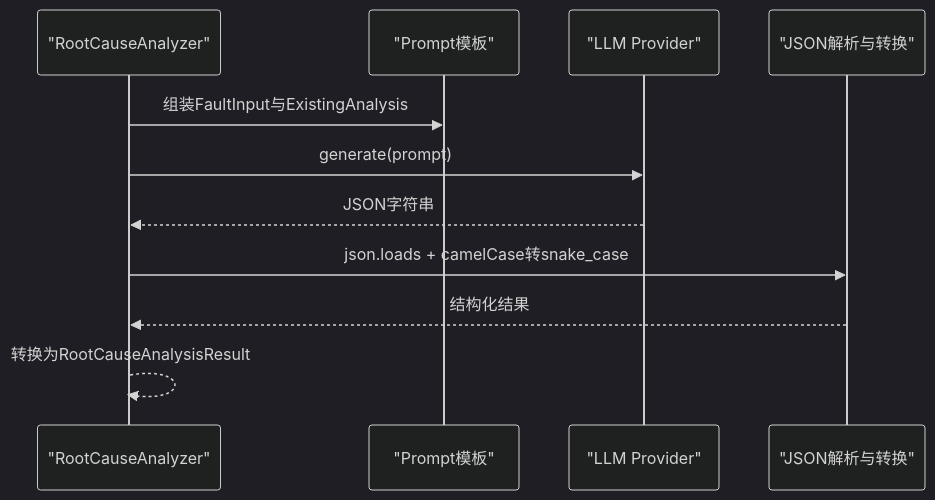
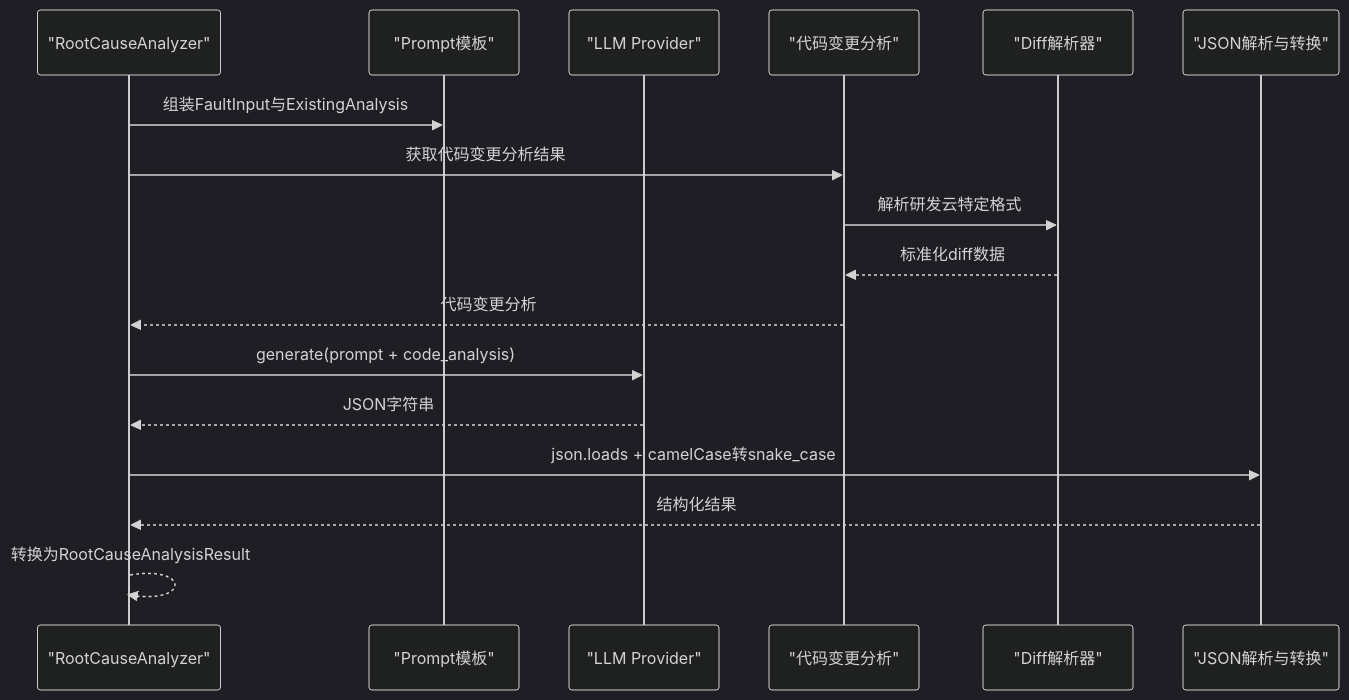
The sixth of 8 diagrams in .qoder/repowiki/zh/content/数据分析引擎/数据分析引擎.md (boyingliu01/fault-review-analyzer), drawn with Mermaid (dark theme) before and after one commit. The commit also changed other lines of this file and 125 other files, not shown here.

````diff
--- a/.qoder/repowiki/zh/content/数据分析引擎/数据分析引擎.md
+++ b/.qoder/repowiki/zh/content/数据分析引擎/数据分析引擎.md
@@ -248,13 +350,19 @@
 ```mermaid
 sequenceDiagram
 participant RCA as "RootCauseAnalyzer"
 participant Prompt as "Prompt模板"
 participant LLM as "LLM Provider"
+participant CCA as "代码变更分析"
+participant Diff as "Diff解析器"
 participant Parser as "JSON解析与转换"
 RCA->>Prompt : 组装FaultInput与ExistingAnalysis
-RCA->>LLM : generate(prompt)
+RCA->>CCA : 获取代码变更分析结果
+CCA->>Diff : 解析研发云特定格式
+Diff-->>CCA : 标准化diff数据
+CCA-->>RCA : 代码变更分析
+RCA->>LLM : generate(prompt + code_analysis)
 LLM-->>RCA : JSON字符串
 RCA->>Parser : json.loads + camelCase转snake_case
 Parser-->>RCA : 结构化结果
 RCA-->>RCA : 转换为RootCauseAnalysisResult
 ```
````
